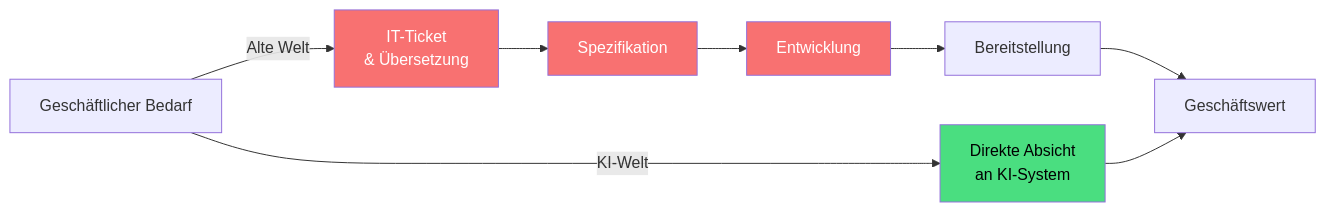
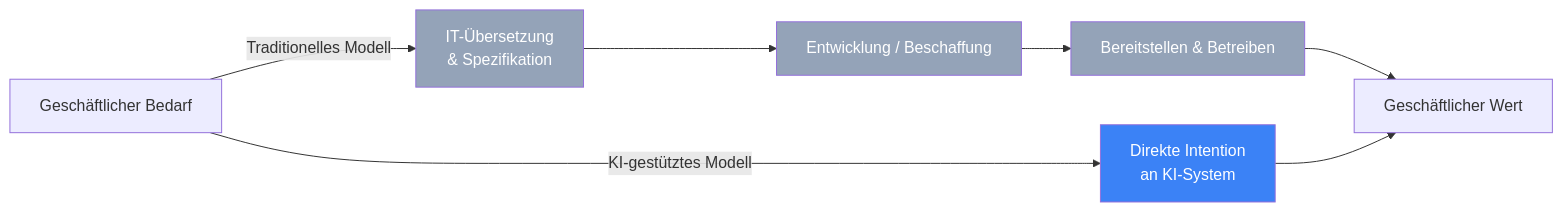
The first of 4 diagrams in src/content/de/blog/it-org-ai-transformation.md (fps4/web-faridgurbanov), drawn with Mermaid before and after one commit. The commit also changed other lines of this file and 13 other files, not shown here.

````diff
--- a/src/content/de/blog/it-org-ai-transformation.md
+++ b/src/content/de/blog/it-org-ai-transformation.md
@@ -17,16 +20,15 @@
 ```mermaid
 flowchart LR
-    A["Geschäftlicher Bedarf"] -->|"Alte Welt"| B["IT-Ticket\n& Übersetzung"]
-    B --> C["Spezifikation"]
-    C --> D["Entwicklung"]
-    D --> E["Bereitstellung"]
-    E --> F["Geschäftswert"]
+    A["Geschäftlicher Bedarf"] -->|"Traditionelles Modell"| B["IT-Übersetzung\n& Spezifikation"]
+    B --> C["Entwicklung / Beschaffung"]
+    C --> D["Bereitstellen & Betreiben"]
+    D --> E["Geschäftlicher Wert"]
 
-    A -->|"KI-Welt"| G["Direkte Absicht\nan KI-System"]
-    G --> F
+    A -->|"KI-gestütztes Modell"| F["Direkte Intention\nan KI-System"]
+    F --> E
 
-    style B fill:#f87171,color:#fff
-    style C fill:#f87171,color:#fff
-    style D fill:#f87171,color:#fff
-    style G fill:#4ade80,color:#000
+    style B fill:#94a3b8,color:#fff
+    style C fill:#94a3b8,color:#fff
+    style D fill:#94a3b8,color:#fff
+    style F fill:#3b82f6,color:#fff
 ```
````
